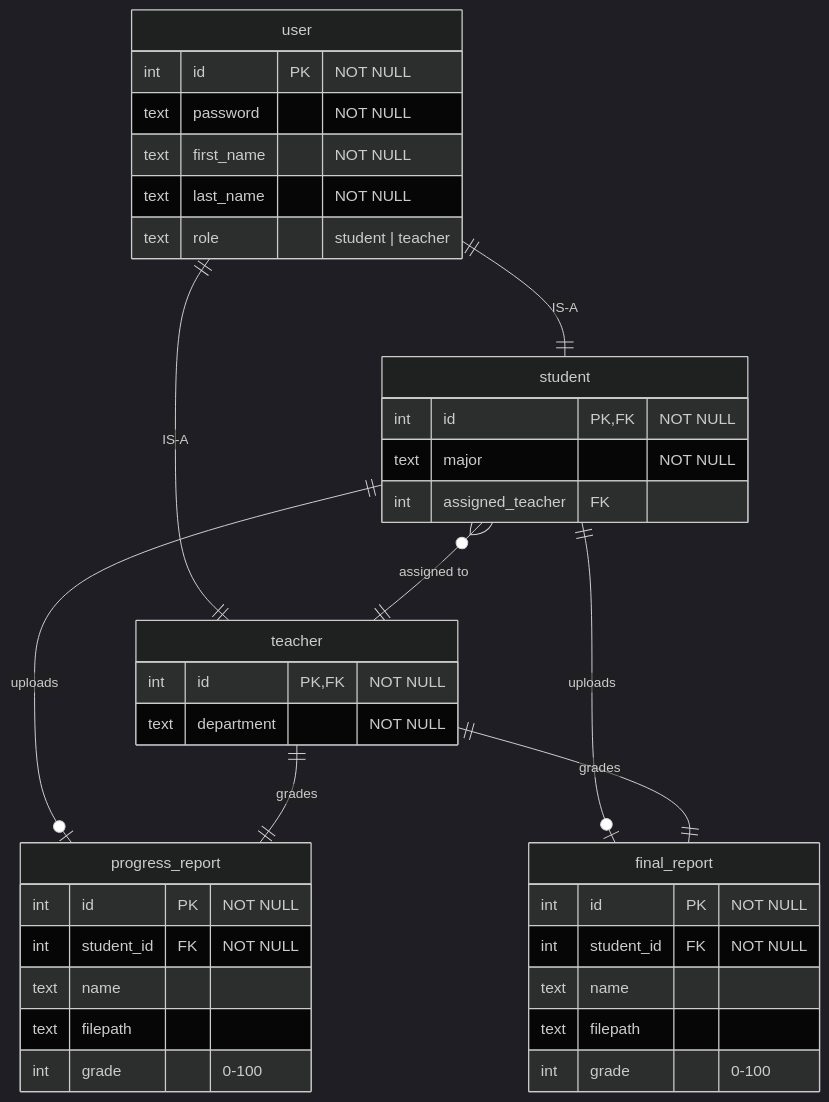
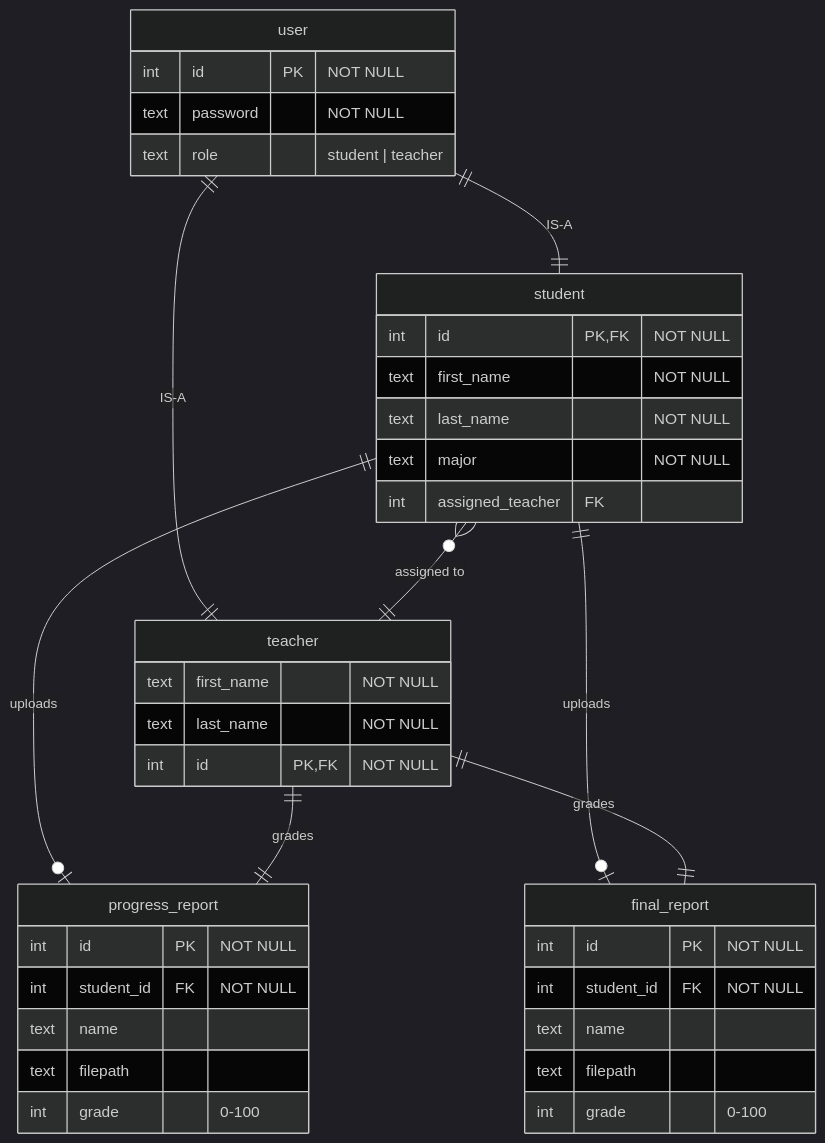
The diagram in README.md (shom254/dissertation-mgmt-system), drawn with Mermaid (dark theme) before and after one commit. The commit also changed other lines of this file, not shown here.

````diff
--- a/README.md
+++ b/README.md
@@ -123,41 +124,42 @@
 ```mermaid
 erDiagram
     user {
         int id PK "NOT NULL"
         text password "NOT NULL"
-        text first_name "NOT NULL"
-        text last_name "NOT NULL"
         text role "student | teacher"
         %% role = 
     }
     student {
         int id PK, FK "NOT NULL"
+        text first_name "NOT NULL"
+        text last_name "NOT NULL"
         text major "NOT NULL"
         int assigned_teacher FK
     }
     teacher {
+        text first_name "NOT NULL"
+        text last_name "NOT NULL"
         int id PK, FK "NOT NULL"
-        text department "NOT NULL"
     }
     progress_report {
         int id PK "NOT NULL"
         int student_id FK "NOT NULL"
         text name
         text filepath
         int grade "0-100"
     }
     final_report {
         int id PK "NOT NULL"
         int student_id FK "NOT NULL"
         text name
         text filepath
         int grade "0-100"
     }
     user || -- || student : IS-A
     user || -- || teacher : IS-A
     student }o -- || teacher : "assigned to"
     student || -- o| progress_report : uploads
     student || -- o| final_report : uploads
     teacher || -- || progress_report : grades
     teacher || -- || final_report : grades
 ```
````
